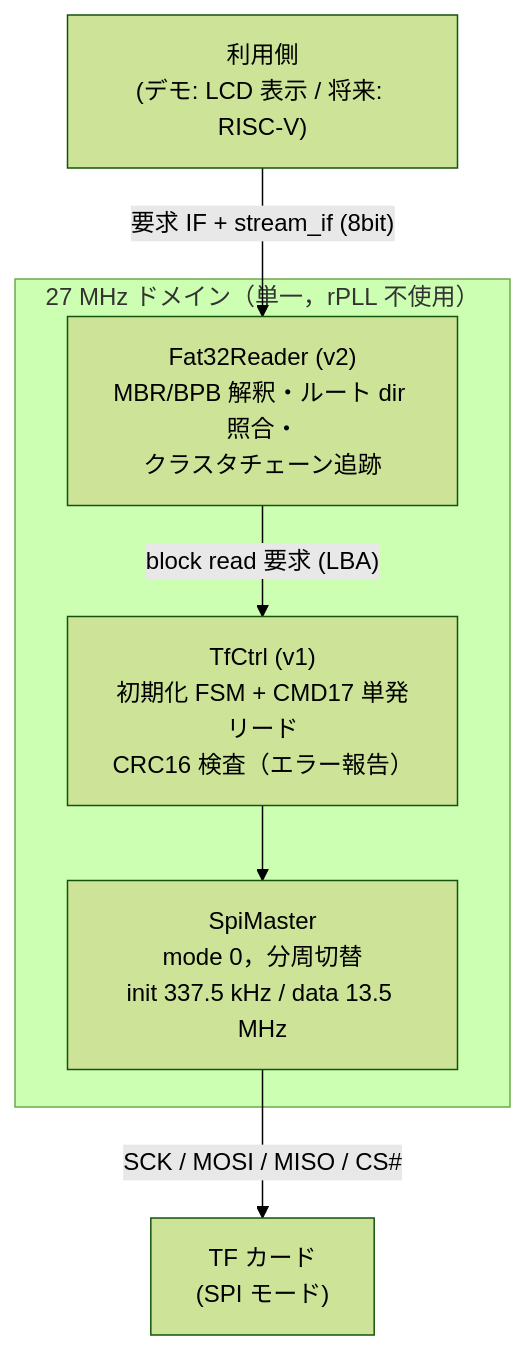
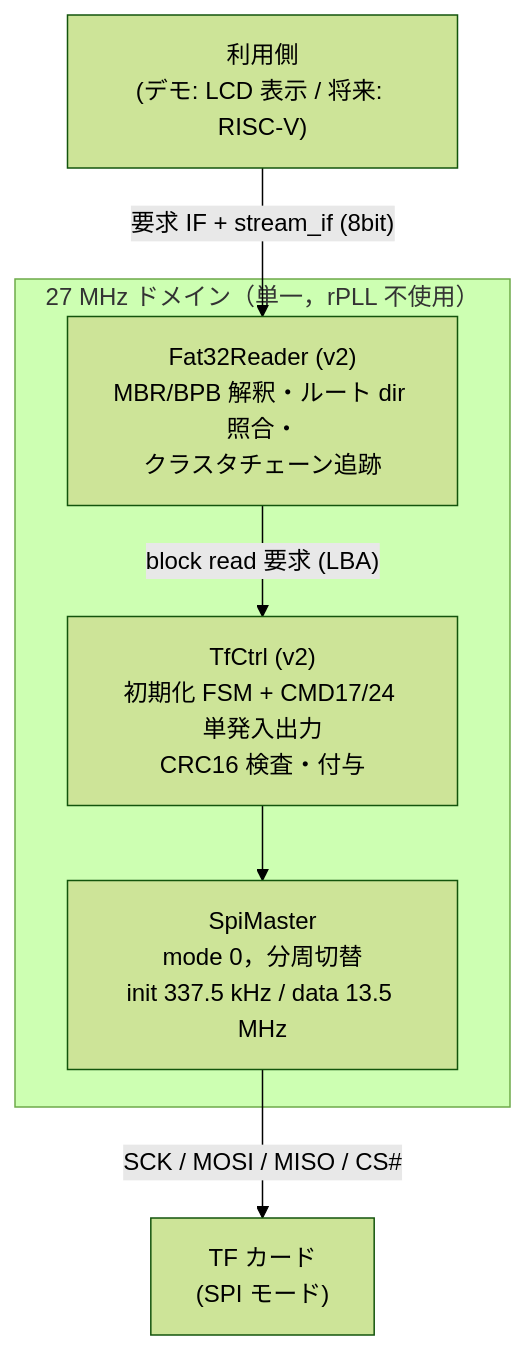
The first of 2 diagrams in docs/tfcard.md (sabas0ba/hello_veryl), drawn with Mermaid (forest theme) before and after one commit. The commit also changed other lines of this file and 11 other files, not shown here.

````diff
--- a/docs/tfcard.md
+++ b/docs/tfcard.md
@@ -50,12 +50,12 @@
 ```mermaid
 flowchart TB
     subgraph d27["27 MHz ドメイン（単一，rPLL 不使用）"]
         FAT["Fat32Reader (v2)<br>MBR/BPB 解釈・ルート dir 照合・<br>クラスタチェーン追跡"]
-        TFC["TfCtrl (v1)<br>初期化 FSM + CMD17 単発リード<br>CRC16 検査（エラー報告）"]
+        TFC["TfCtrl (v2)<br>初期化 FSM + CMD17/24 単発入出力<br>CRC16 検査・付与"]
         SPI["SpiMaster<br>mode 0，分周切替<br>init 337.5 kHz / data 13.5 MHz"]
     end
     APP["利用側<br>(デモ: LCD 表示 / 将来: RISC-V)"] -- "要求 IF + stream_if (8bit)" --> FAT
     FAT -- "block read 要求 (LBA)" --> TFC
     TFC --> SPI
     SPI -- "SCK / MOSI / MISO / CS#" --> CARD["TF カード<br>(SPI モード)"]
 ```
````
